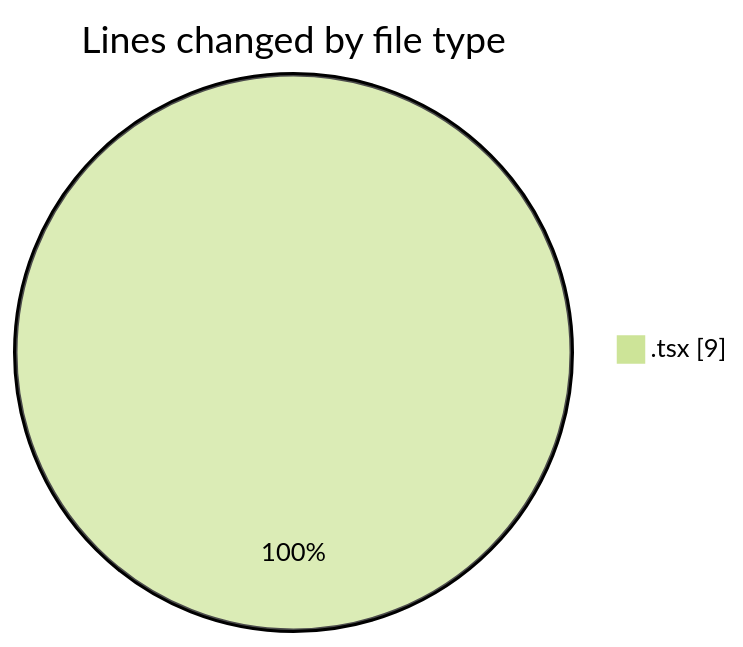
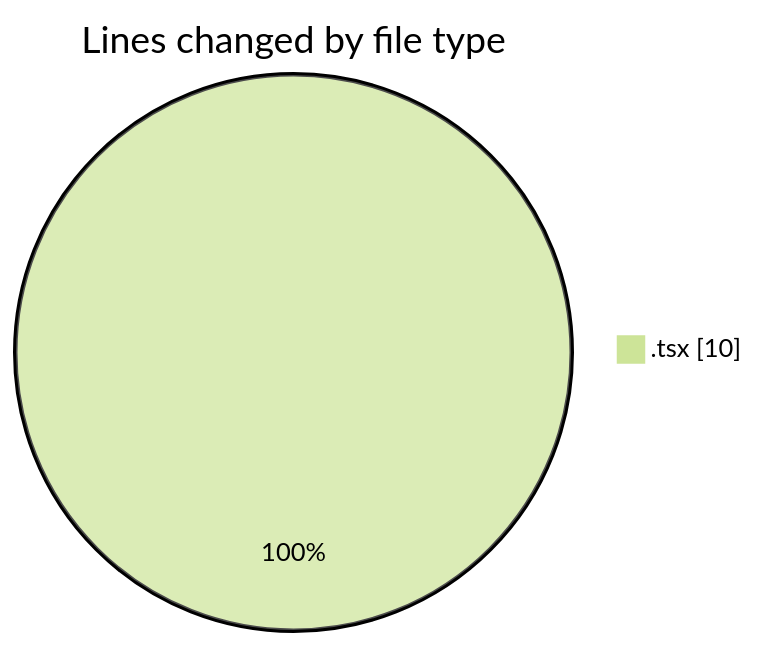
Before and after one commit to robertbonfada/code-tracking: the first of 2 diagrams in 2025-02-07/mbc-web/README.md, drawn with Mermaid (forest theme). The commit also changed other lines of this file and 1 other file, not shown here.

````diff
--- a/2025-02-07/mbc-web/README.md
+++ b/2025-02-07/mbc-web/README.md
@@ -21,5 +21,5 @@
 ```mermaid
 pie showData
 title Lines changed by file type
-".tsx" : 9
+".tsx" : 10
 ```
````
